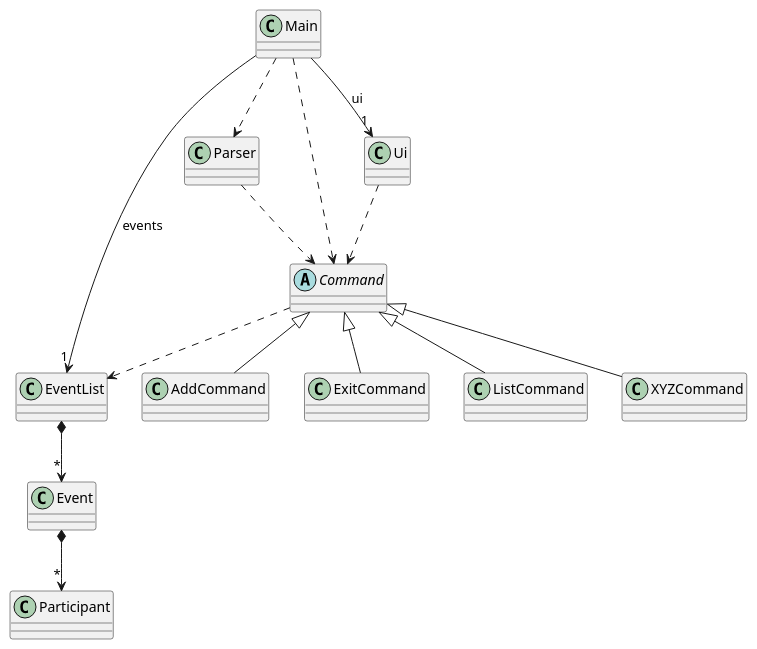
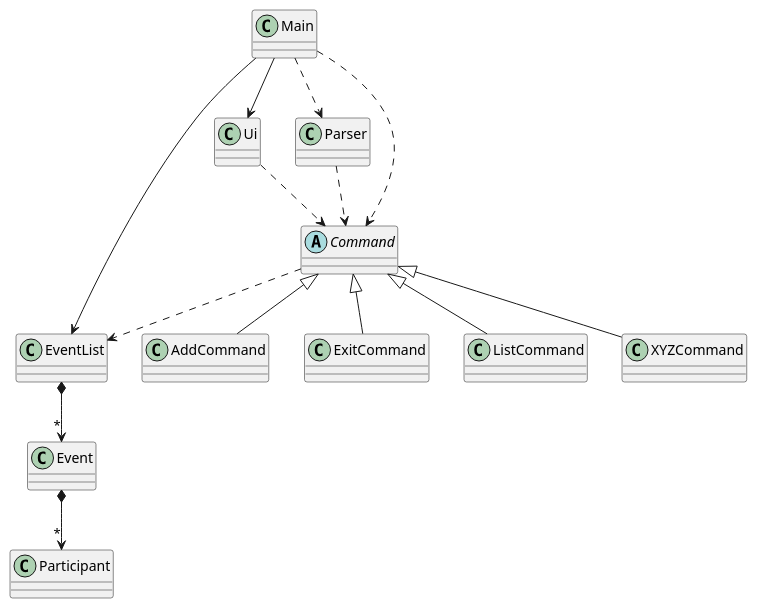
Before and after one commit to nus-cs2113-AY2425S1/tp: the diagram in docs/diagrams/OverallArchitecture.puml, drawn with PlantUML. The commit also changed 4 other files, not shown here.

Commit message:
Modify UML diagrams and add architecture section to developer guide

```diff
--- a/docs/diagrams/OverallArchitecture.puml
+++ b/docs/diagrams/OverallArchitecture.puml
@@ -1,39 +1,39 @@
 @startuml
 'https://plantuml.com/class-diagram
 
 class Main {
 }
 
-Main --> "1" Ui : ui
-Main --> "1" EventList : events
+Main --> Ui
+Main --> EventList
 Main ..> Parser
 Main ..> Command
 
 class Ui {
 }
 
 Ui ..> Command
 
 class Parser {
 }
 
 Parser ..> Command
 
 abstract class Command {
 }
 
 Command <|-- AddCommand
 Command <|-- ExitCommand
 Command <|-- ListCommand
 Command <|-- XYZCommand
 
 Command ..> EventList
 
 class EventList {
 }
 
 EventList *--> "*" Event
 
 Event *--> "*" Participant
 
 @enduml
```
